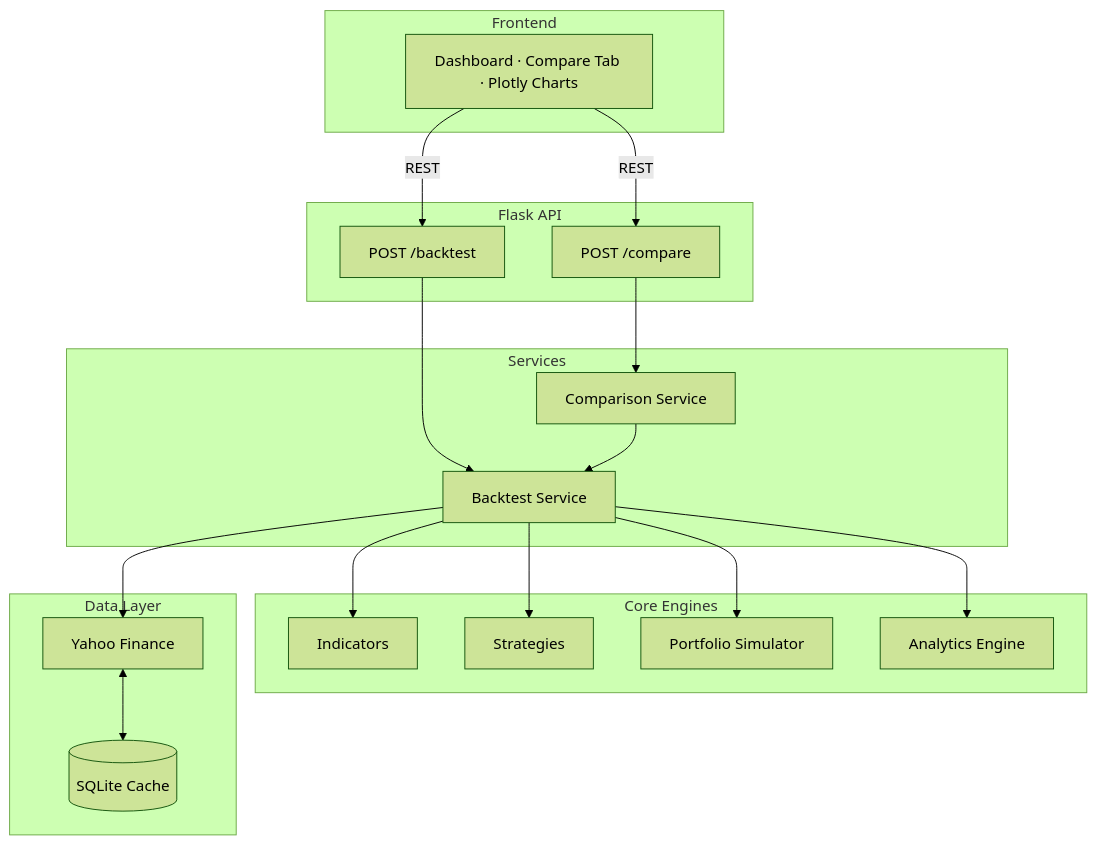
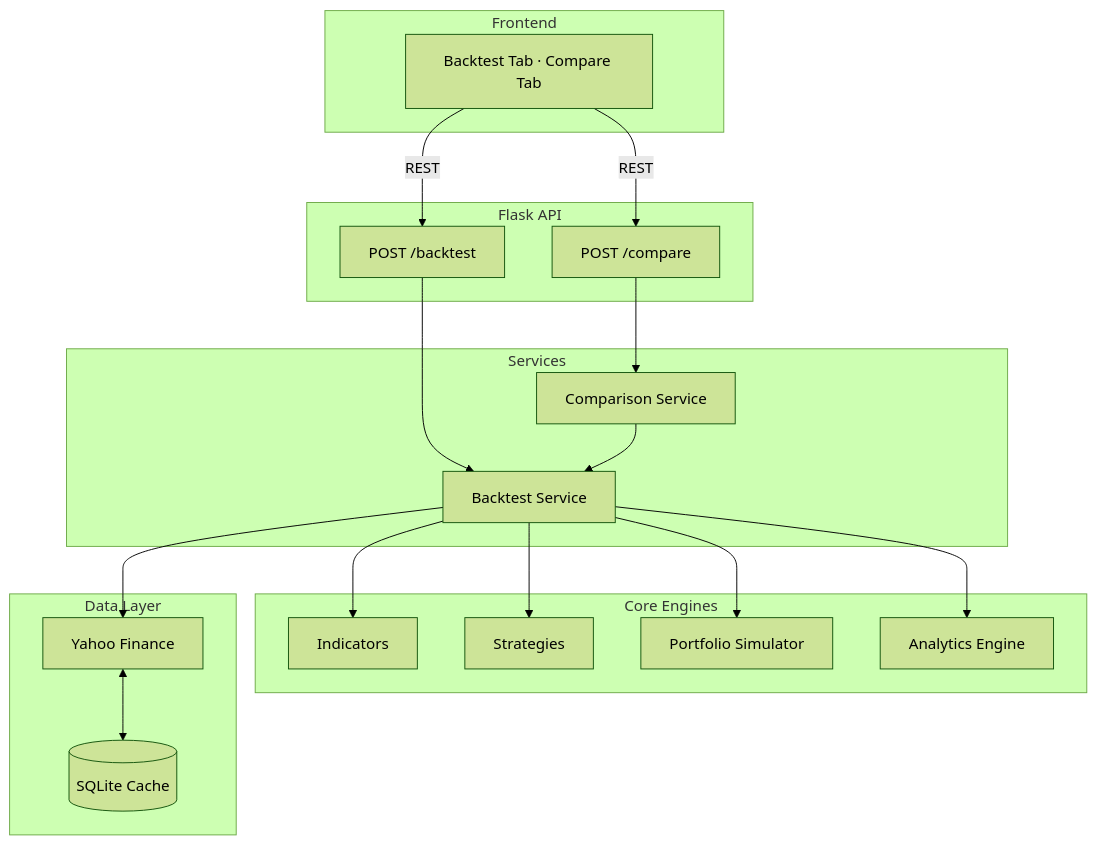
One commit to divyansh-agg29/TradeStrat changed the diagram in README.md. Above: the diagram before and after it, drawn with Mermaid (forest theme).

````diff
--- a/README.md
+++ b/README.md
@@ -20,40 +20,40 @@
 ```mermaid
 graph TD
     subgraph Frontend
-        UI[Dashboard · Compare Tab · Plotly Charts]
+        UI[Backtest Tab · Compare Tab]
     end
 
     subgraph API[Flask API]
         B[POST /backtest]
         C[POST /compare]
     end
 
     subgraph Services
         BS[Backtest Service]
         CS[Comparison Service]
     end
 
     subgraph Engines[Core Engines]
         IND[Indicators]
         STR[Strategies]
         SIM[Portfolio Simulator]
         ANA[Analytics Engine]
     end
 
     subgraph Data[Data Layer]
         DL[Yahoo Finance]
         DB[(SQLite Cache)]
     end
 
     UI -->|REST| B
     UI -->|REST| C
     B --> BS
     C --> CS
     CS --> BS
     BS --> IND
     BS --> STR
     BS --> SIM
     BS --> ANA
     BS --> DL
     DL <--> DB
 ```
````
